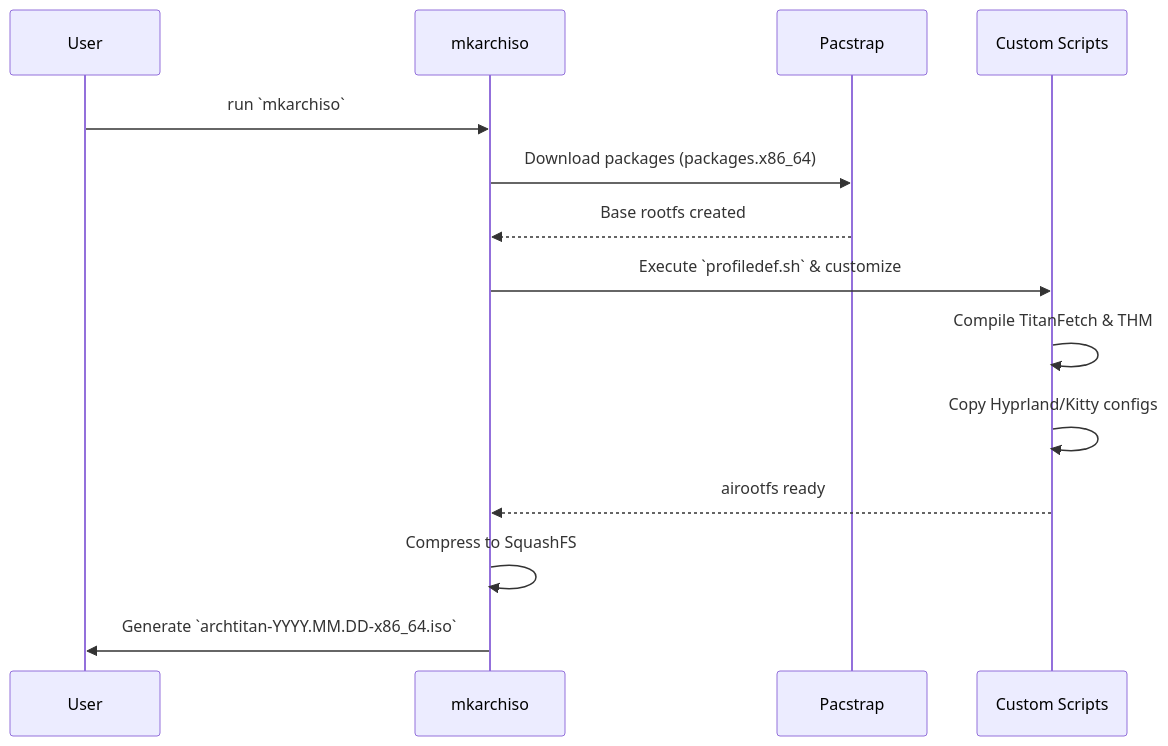
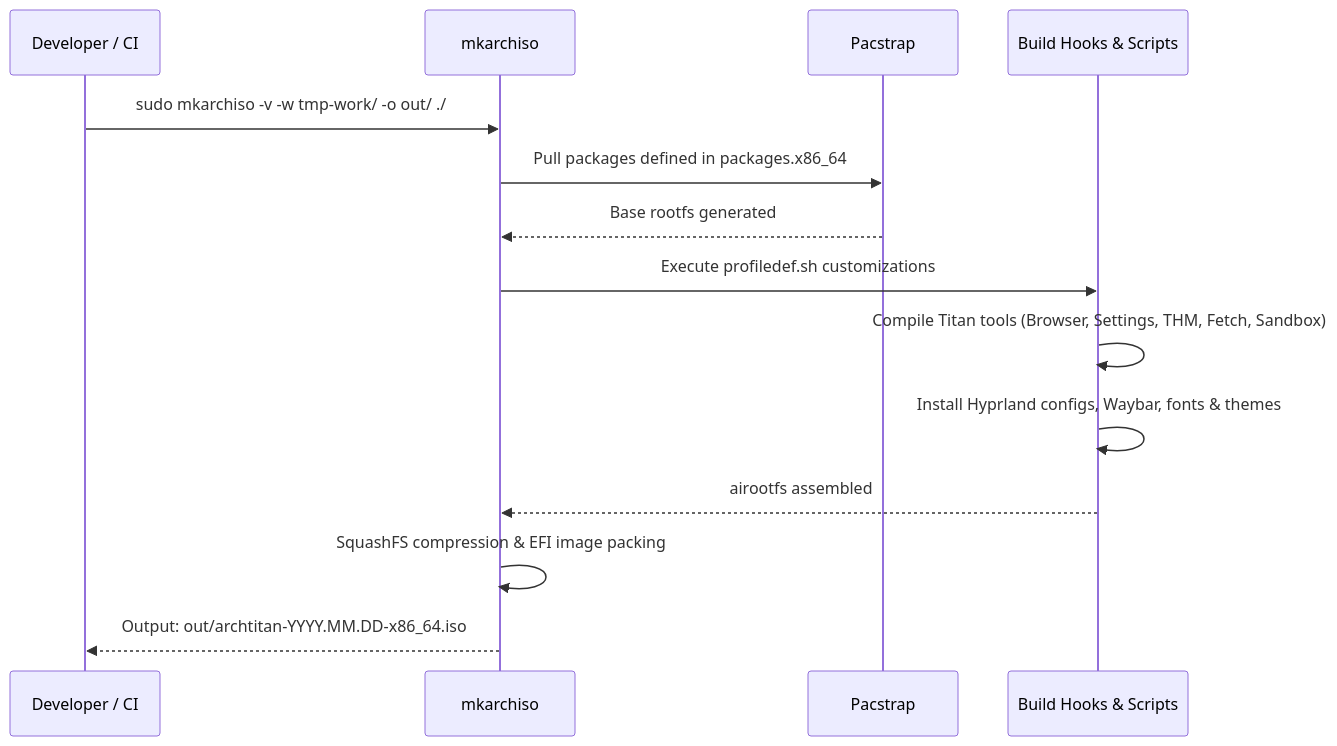
One commit to GitGuru29/archtitan-os changed the third of 3 diagrams in README.md. Above: the diagram before and after it, drawn with Mermaid. The commit also changed other lines of this file, not shown here.

Commit message:
docs: update README with project badges, enhanced ecosystem documentation, and architectural diagrams

````diff
--- a/README.md
+++ b/README.md
@@ -139,17 +184,17 @@
 ```mermaid
 sequenceDiagram
-    participant U as User
+    participant U as Developer / CI
     participant M as mkarchiso
     participant P as Pacstrap
-    participant C as Custom Scripts
+    participant C as Build Hooks & Scripts
 
-    U->>M: run `mkarchiso`
-    M->>P: Download packages (packages.x86_64)
-    P-->>M: Base rootfs created
-    M->>C: Execute `profiledef.sh` & customize
-    C->>C: Compile TitanFetch & THM
-    C->>C: Copy Hyprland/Kitty configs
-    C-->>M: airootfs ready
-    M->>M: Compress to SquashFS
-    M->>U: Generate `archtitan-YYYY.MM.DD-x86_64.iso`
+    U->>M: sudo mkarchiso -v -w tmp-work/ -o out/ ./
+    M->>P: Pull packages defined in packages.x86_64
+    P-->>M: Base rootfs generated
+    M->>C: Execute profiledef.sh customizations
+    C->>C: Compile Titan tools (Browser, Settings, THM, Fetch, Sandbox)
+    C->>C: Install Hyprland configs, Waybar, fonts & themes
+    C-->>M: airootfs assembled
+    M->>M: SquashFS compression & EFI image packing
+    M-->>U: Output: out/archtitan-YYYY.MM.DD-x86_64.iso
 ```
````
